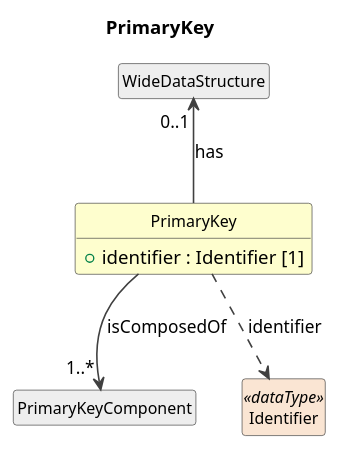
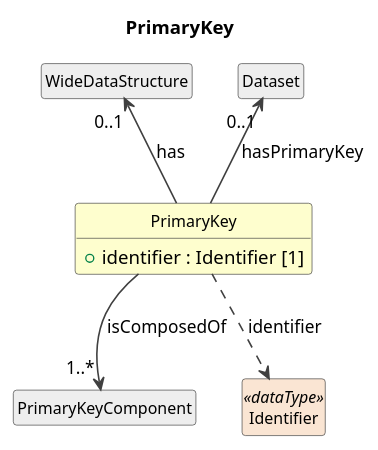
The diagram in build/field-level-documentation/CDIFDataStructure/Classes/PrimaryKey.pu (Cross-Domain-Interoperability-Framework/metadataBuildingBlocks), drawn with PlantUML before and after one commit. The commit also changed 432 other files, not shown here.

```diff
--- a/build/field-level-documentation/CDIFDataStructure/Classes/PrimaryKey.pu
+++ b/build/field-level-documentation/CDIFDataStructure/Classes/PrimaryKey.pu
@@ -1,23 +1,25 @@
 @startuml
 title PrimaryKey
 hide circle
 hide empty members
 skinparam shadowing false
 skinparam ArrowThickness 1.2
 skinparam class {
   ArrowColor #404040
   BorderColor #404040
   FontSize 12
 }
 
 class "PrimaryKey" as PrimaryKey #FEFECE {
   +identifier : Identifier [1]
 }
 class "WideDataStructure" as WideDataStructure #EEEEEE
 WideDataStructure "0..1" <-- PrimaryKey : has
 class "PrimaryKeyComponent" as PrimaryKeyComponent #EEEEEE
 PrimaryKey --> "1..*" PrimaryKeyComponent : isComposedOf
+class "Dataset" as Dataset #EEEEEE
+Dataset "0..1" <-- PrimaryKey : hasPrimaryKey
 class "Identifier" as Identifier <<dataType>> #FAE5D3
 PrimaryKey ..> Identifier : identifier
 
 @enduml
```
